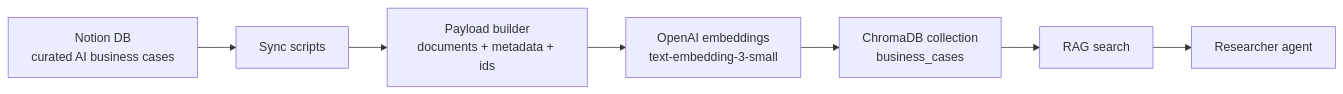
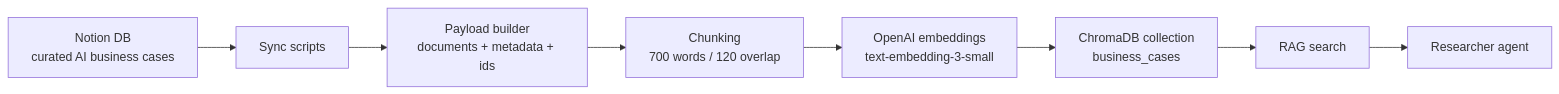
One commit to grinegor/consulting-assistant changed the third of 4 diagrams in docs/architecture.md. Above: the diagram before and after it, drawn with Mermaid. The commit also changed other lines of this file and 25 other files, not shown here.

````diff
--- a/docs/architecture.md
+++ b/docs/architecture.md
@@ -37,9 +39,10 @@
 ```mermaid
 flowchart LR
     N["Notion DB<br/>curated AI business cases"] --> SY["Sync scripts"]
     SY --> P["Payload builder<br/>documents + metadata + ids"]
-    P --> E["OpenAI embeddings<br/>text-embedding-3-small"]
+    P --> CH["Chunking<br/>700 words / 120 overlap"]
+    CH --> E["OpenAI embeddings<br/>text-embedding-3-small"]
     E --> C["ChromaDB collection<br/>business_cases"]
     C --> R["RAG search"]
     R --> AG["Researcher agent"]
 ```
````
